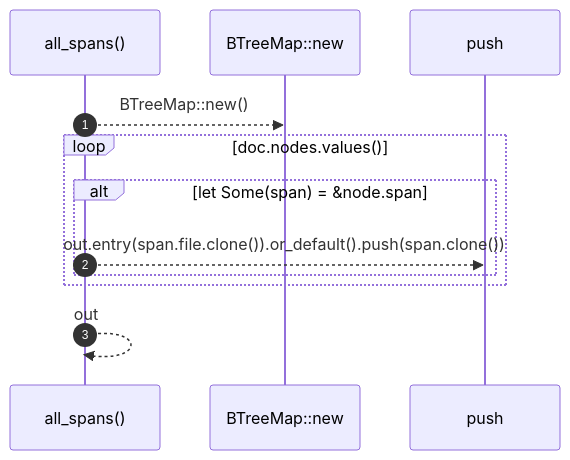
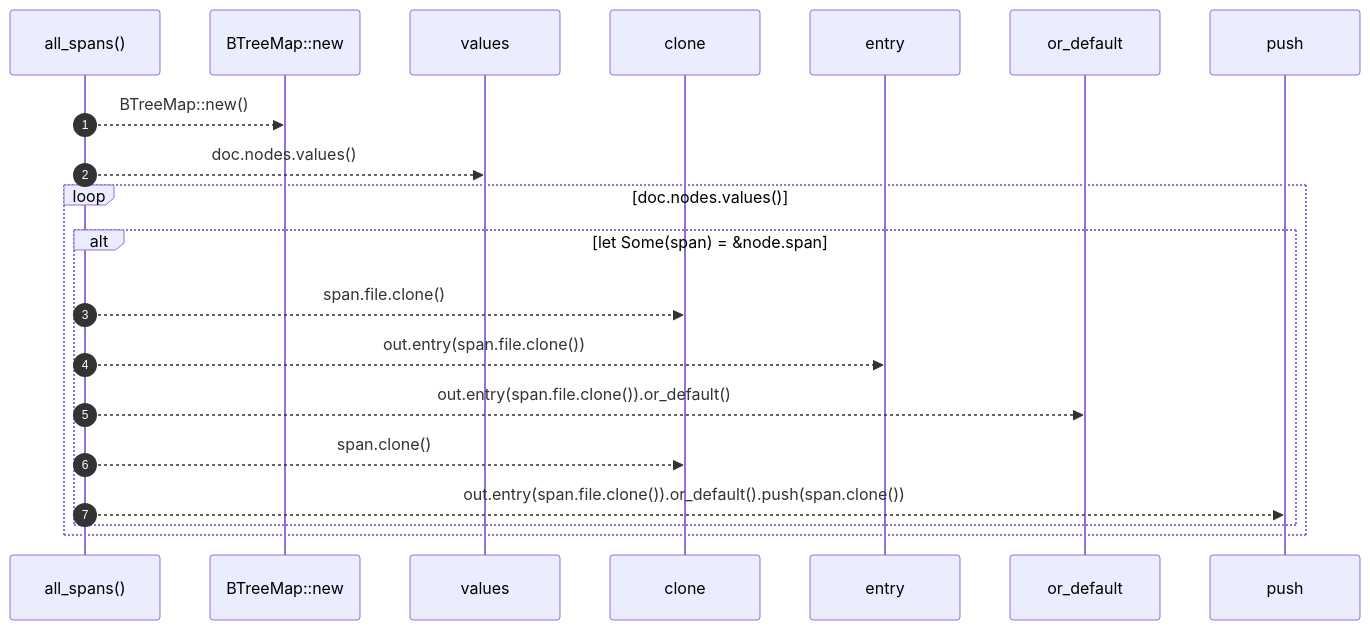
The diagram in docs/self-model/robby_ir/coverage/all-spans.md (RyanGuild/self-describing-code), drawn with Mermaid before and after one commit. The commit also changed other lines of this file and 1404 other files, not shown here.

````diff
--- a/docs/self-model/robby_ir/coverage/all-spans.md
+++ b/docs/self-model/robby_ir/coverage/all-spans.md
@@ -39,14 +39,22 @@
 ```mermaid
 sequenceDiagram
     autonumber
     participant all_spans as all_spans()
     participant BTreeMap__new as BTreeMap::new
+    participant values as values
+    participant clone as clone
+    participant entry as entry
+    participant or_default as or_default
     participant push as push
     all_spans-->>BTreeMap__new: BTreeMap::new()
+    all_spans-->>values: doc.nodes.values()
     loop doc.nodes.values()
     alt let Some(span) = &node.span
+    all_spans-->>clone: span.file.clone()
+    all_spans-->>entry: out.entry(span.file.clone())
+    all_spans-->>or_default: out.entry(span.file.clone()).or_default()
+    all_spans-->>clone: span.clone()
     all_spans-->>push: out.entry(span.file.clone()).or_default().push(span.clone())
     end
     end
-    all_spans-->>all_spans: out
 ```
````
